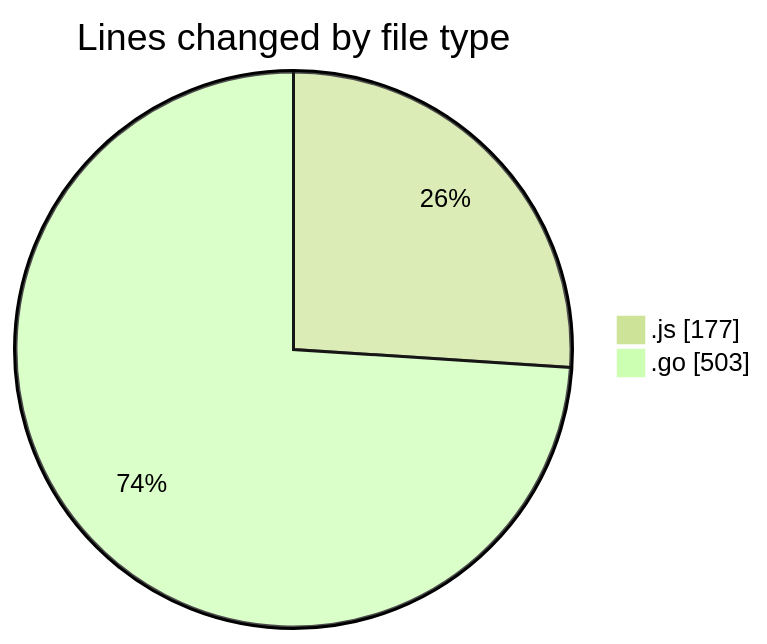
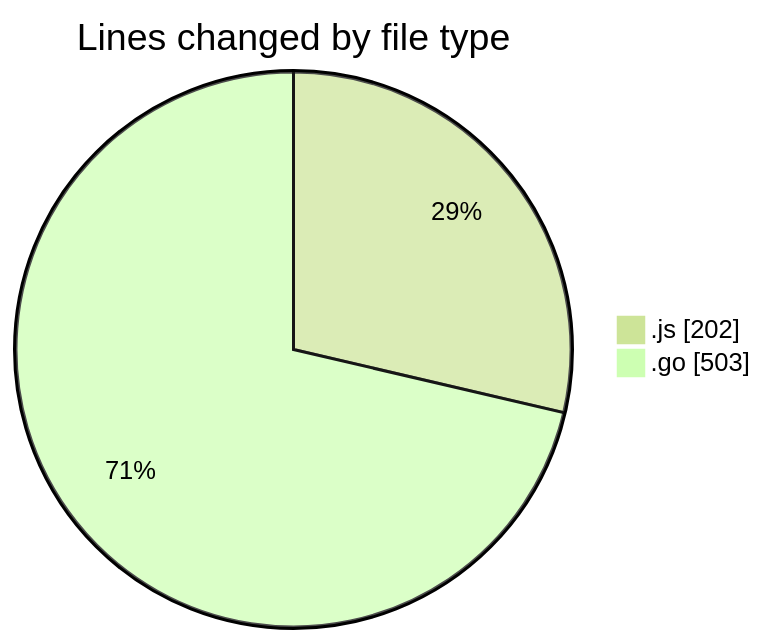
The first of 2 diagrams in 2025-03-04/simulador-serial/README.md (robertbonfada/code-tracking), drawn with Mermaid (forest theme) before and after one commit. The commit also changed other lines of this file and 1 other file, not shown here.

````diff
--- a/2025-03-04/simulador-serial/README.md
+++ b/2025-03-04/simulador-serial/README.md
@@ -21,6 +21,6 @@
 ```mermaid
 pie showData
 title Lines changed by file type
-".js" : 177
+".js" : 202
 ".go" : 503
 ```
````
